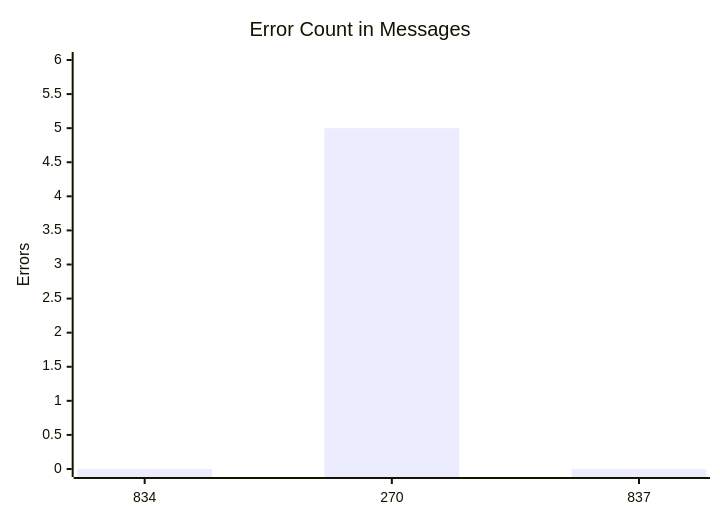
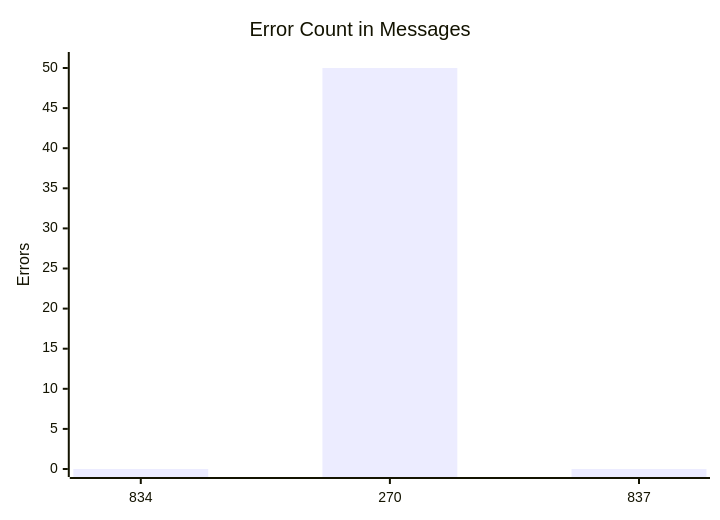
The third of 10 diagrams in test-tools/DataGen/src/Statistics_Visualizer.md (dhagan-va/intern-2025), drawn with Mermaid before and after one commit. The commit also changed other lines of this file and 2 other files, not shown here.

````diff
--- a/test-tools/DataGen/src/Statistics_Visualizer.md
+++ b/test-tools/DataGen/src/Statistics_Visualizer.md
@@ -38,7 +38,7 @@
 ```mermaid
 xychart-beta
     title "Error Count in Messages"
     x-axis ["834", "270", "837"]
-    y-axis "Errors" 0 --> 6
-    bar [0, 5, 0]
+    y-axis "Errors" 0 --> 51
+    bar [0, 50, 0]
 ```
````
